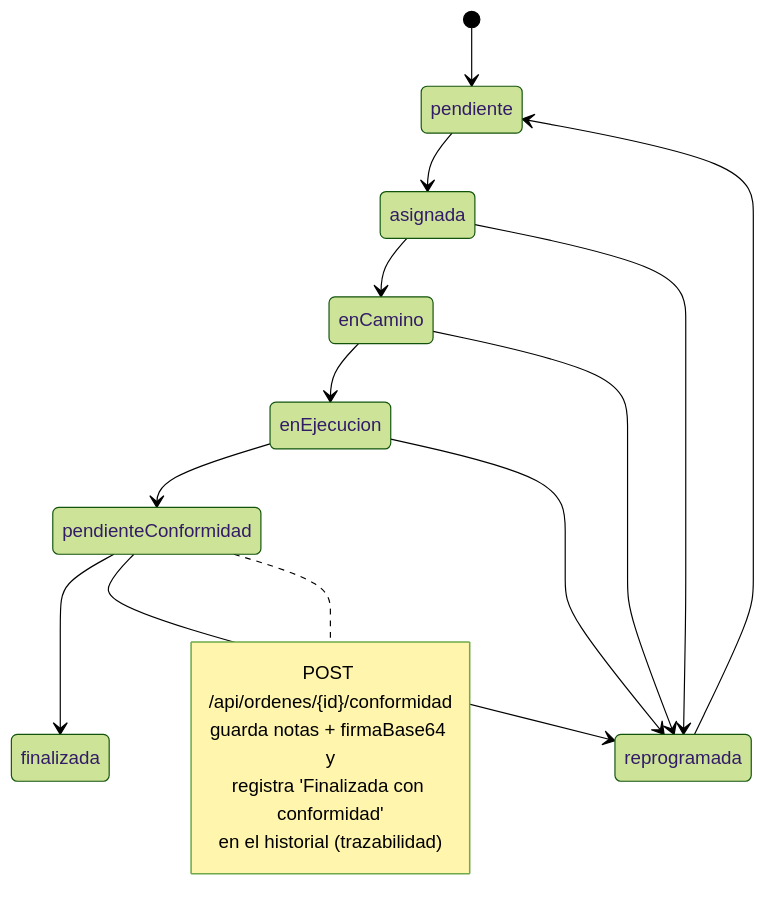
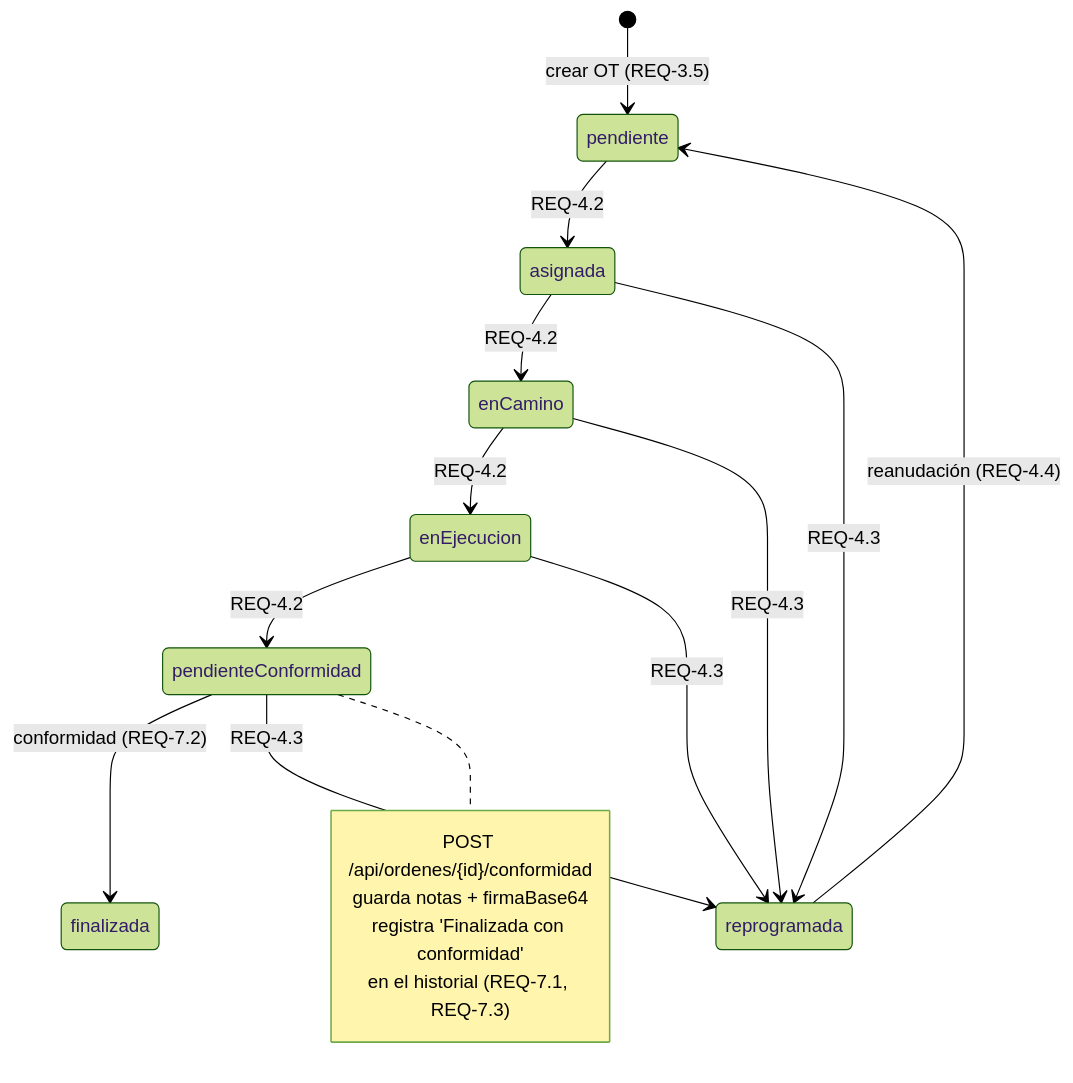
One commit to Ed-Pino/FieldFlow changed the sixth of 8 diagrams in docs/architecture.md. Above: the diagram before and after it, drawn with Mermaid (forest theme). The commit also changed other lines of this file and 4 other files, not shown here.

````diff
--- a/docs/architecture.md
+++ b/docs/architecture.md
@@ -112,21 +154,21 @@
 ```mermaid
 stateDiagram-v2
-    [*] --> pendiente
-    pendiente --> asignada
-    asignada --> enCamino
-    enCamino --> enEjecucion
-    enEjecucion --> pendienteConformidad
-    pendienteConformidad --> finalizada
-    pendienteConformidad --> reprogramada
-    asignada --> reprogramada
-    enCamino --> reprogramada
-    enEjecucion --> reprogramada
-    reprogramada --> pendiente
+    [*] --> pendiente : crear OT (REQ-3.5)
+    pendiente --> asignada : REQ-4.2
+    asignada --> enCamino : REQ-4.2
+    enCamino --> enEjecucion : REQ-4.2
+    enEjecucion --> pendienteConformidad : REQ-4.2
+    pendienteConformidad --> finalizada : conformidad (REQ-7.2)
+    pendienteConformidad --> reprogramada : REQ-4.3
+    asignada --> reprogramada : REQ-4.3
+    enCamino --> reprogramada : REQ-4.3
+    enEjecucion --> reprogramada : REQ-4.3
+    reprogramada --> pendiente : reanudación (REQ-4.4)
 
     note right of pendienteConformidad
         POST /api/ordenes/{id}/conformidad
-        guarda notas + firmaBase64 y
+        guarda notas + firmaBase64
         registra 'Finalizada con conformidad'
-        en el historial (trazabilidad)
+        en el historial (REQ-7.1, REQ-7.3)
     end note
 ```
````
